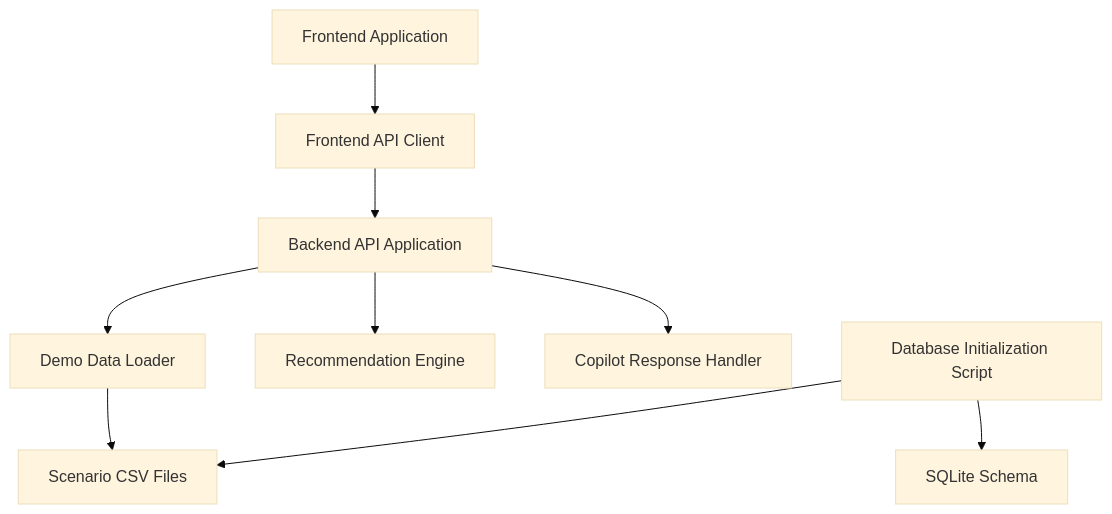
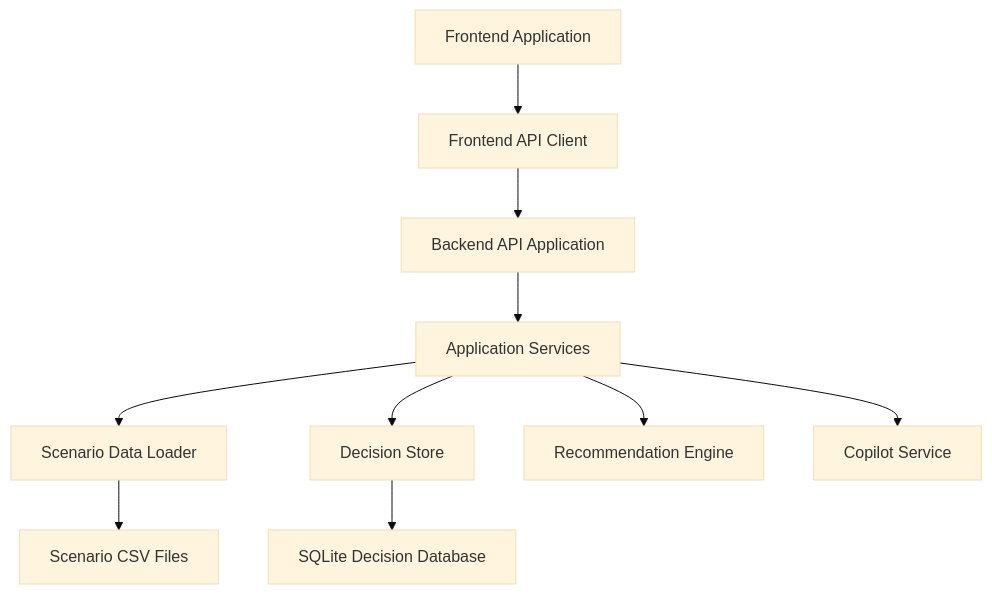
One commit to votaa/ai-dispatch-advisor changed the diagram in docs/200_Architecture/203_Component_Architecture.md. Above: the diagram before and after it, drawn with Mermaid (base theme). The commit also changed other lines of this file and 17 other files, not shown here.

First line of the commit message:
refactor(backend): establish Phase 4.2 service-layer boundaries

````diff
--- a/docs/200_Architecture/203_Component_Architecture.md
+++ b/docs/200_Architecture/203_Component_Architecture.md
@@ -9,11 +9,12 @@
 ```mermaid
 flowchart TB
   Frontend["Frontend Application"] --> ApiClient["Frontend API Client"]
   ApiClient --> Backend["Backend API Application"]
-  Backend --> DataLoader["Demo Data Loader"]
-  Backend --> Recommendation["Recommendation Engine"]
-  Backend --> Chat["Copilot Response Handler"]
+  Backend --> Services["Application Services"]
+  Services --> DataLoader["Scenario Data Loader"]
+  Services --> DecisionStore["Decision Store"]
+  Services --> Recommendation["Recommendation Engine"]
+  Services --> Chat["Copilot Service"]
   DataLoader --> Csv["Scenario CSV Files"]
-  InitDb["Database Initialization Script"] --> Schema["SQLite Schema"]
-  InitDb --> Csv
+  DecisionStore --> DecisionDb["SQLite Decision Database"]
 ```
````
